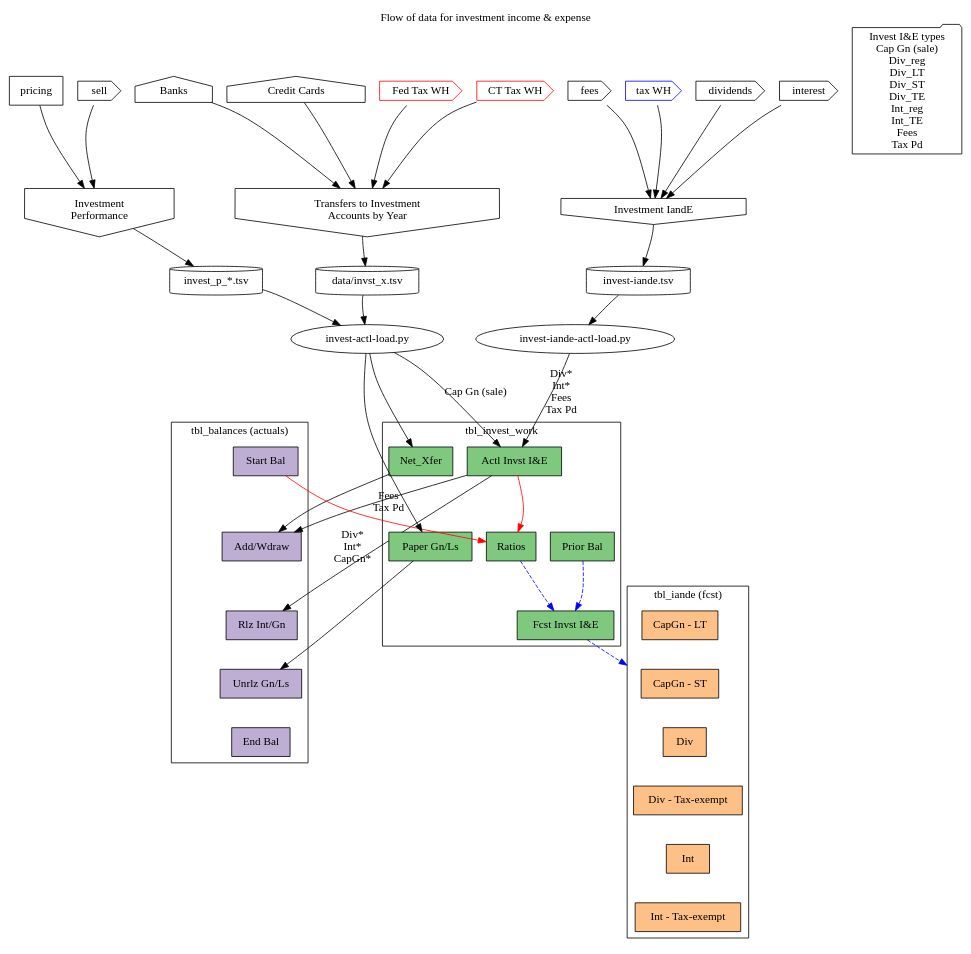
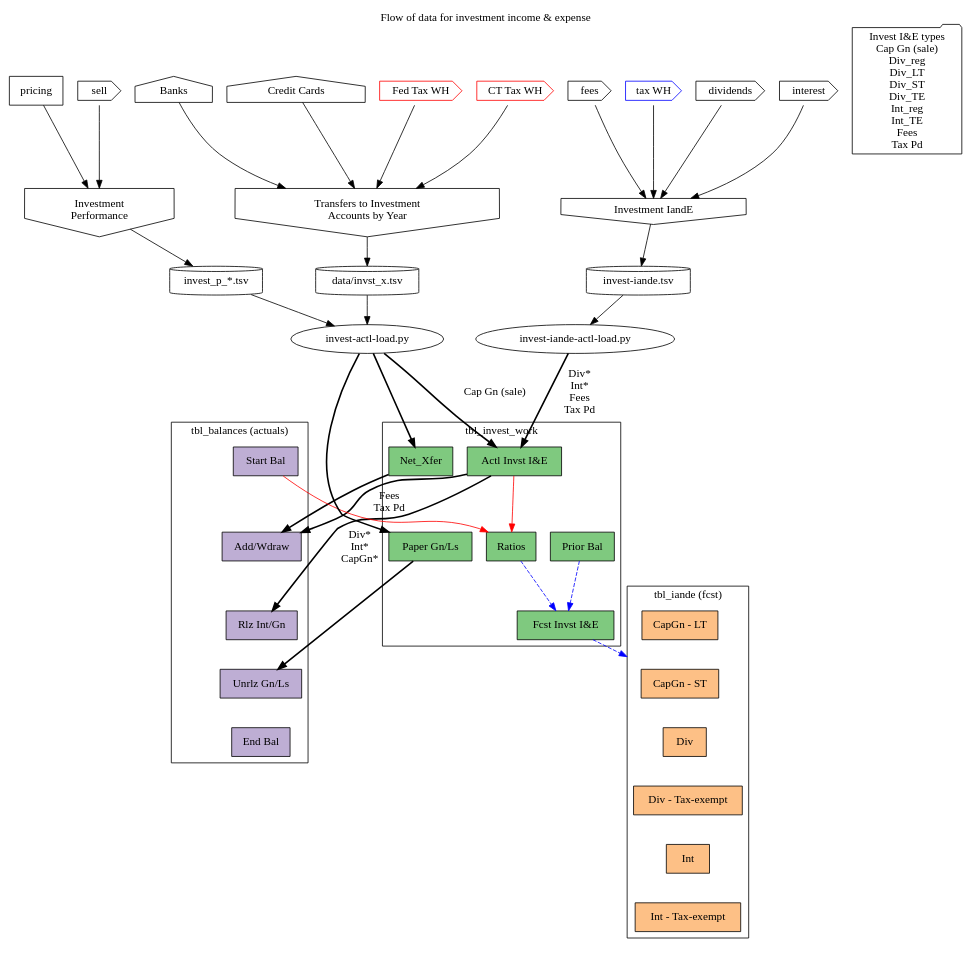
One commit to cronical/budget_dance changed the diagram in docs/images/dot/invest-iande.dot. Above: the diagram before and after it, drawn with Graphviz. The commit also changed 64 other files, not shown here.

```diff
--- a/docs/images/dot/invest-iande.dot
+++ b/docs/images/dot/invest-iande.dot
@@ -1,109 +1,109 @@
 digraph {
   graph [
     label = "Flow of data for investment income & expense"
     labelloc= t
     rankdir="TB"
-    splines=curved
+#    splines=curved
   ]
   newrank=True
   # accounts
   node [shape=house]
     Banks
     "Credit Cards"
   
   # transactions
   node [shape=cds] 
     dividends, interest, fees, sell
   node [color=red]  # remove these. 
     "Fed Tax WH", "CT Tax WH"
   node [color=blue] # add them here
     "tax WH"
   node [color=black]
 
   # data elements
   node [shape=rect, colorscheme=accent4,style=filled,fillcolor=1]   
   "Actl Invst I&E", "Net_Xfer", "Paper Gn/Ls", "Ratios","Prior Bal","Fcst Invst I&E"
   node [shape=rect, colorscheme=accent4,style=filled,fillcolor=2]   
   "Add/Wdraw","Rlz Int/Gn", "Unrlz Gn/Ls", "End Bal", "Start Bal"
   node [fillcolor=3]
     "CapGn - LT", "CapGn - ST","Div","Div - Tax-exempt","Int","Int - Tax-exempt"
-  node [shape=rect,style=normal]
+  node [shape=rect,style=solid]
   pricing
 
   # files
   node [shape=cylinder]
     "invest-iande.tsv"
     "invest_p_*.tsv" 
     "data/invst_x.tsv" 
 
 # reports
   node [shape=invhouse] 
     "Investment IandE" 
     "Transfers to Investment\nAccounts by Year" 
     "Investment\nPerformance" 
 
   # processing
   node [shape=ellipse]
     "invest-actl-load.py"
     "invest-iande-actl-load.py"  
 
   {"dividends", interest, fees, "tax WH"} -> "Investment IandE" -> "invest-iande.tsv"
   {"sell", pricing} -> "Investment\nPerformance" -> "invest_p_*.tsv" 
   
   {Banks, "Credit Cards", "Fed Tax WH", "CT Tax WH"}->"Transfers to Investment\nAccounts by Year"
   "Transfers to Investment\nAccounts by Year" -> "data/invst_x.tsv"
   {"data/invst_x.tsv"  ,"invest_p_*.tsv"} -> "invest-actl-load.py"
  
   "invest-iande.tsv"->"invest-iande-actl-load.py"  
 
   node [shape=folder]
   iie [label="Invest I&E types\nCap Gn (sale)\nDiv_reg\nDiv_LT\nDiv_ST\nDiv_TE\nInt_reg\nInt_TE\nFees\nTax Pd"]
   
   
 
 # type - tax treatment
   edge [style=invis]
   subgraph cluster_0{label="tbl_invest_work"
     "Actl Invst I&E"
     "Net_Xfer" -> "Paper Gn/Ls"
  
     {rank=same Ratios; "Prior Bal"}
     {Ratios,"Prior Bal"}->"Fcst Invst I&E" [style=dashed,color=blue]
   }
 
   subgraph cluster_2{label="tbl_balances (actuals)"
       "Start Bal"->"Add/Wdraw"->"Rlz Int/Gn" -> "Unrlz Gn/Ls" -> "End Bal"
   }
   subgraph cluster_3{label="tbl_iande (fcst)"
     "CapGn - LT"-> "CapGn - ST"->"Div"->"Div - Tax-exempt"->"Int"->"Int - Tax-exempt"
   }
 
   
 
 
   #{rank=same;  "Div_reg"; "Cap Gn (sale)"; "Int_reg"; "Start Bal"}
-  edge [style=line]
+  edge [style=bold]
   compound=True
 
  
   "invest-actl-load.py" -> "Actl Invst I&E" [label="Cap Gn (sale)"]
   "invest-actl-load.py" -> {"Net_Xfer", "Paper Gn/Ls"}
   "invest-iande-actl-load.py" -> "Actl Invst I&E"[label="Div*\nInt*\nFees\nTax Pd" ]
 
   "Actl Invst I&E" -> "Add/Wdraw" [label="Fees\nTax Pd"]
   "Net_Xfer"-> "Add/Wdraw"
   "Paper Gn/Ls" -> "Unrlz Gn/Ls"
   "Actl Invst I&E" -> "Rlz Int/Gn" [label="Div*\nInt*\nCapGn*"]
   
  
 
   
   edge [style=dashed, color=blue]
   #"Cap Gn (sale)" -> "CapGn - ST" # Sales treated as ST 
   "Fcst Invst I&E" ->"CapGn - ST" [lhead=cluster_3]
 
   # Numerators and denominator for ratios
   edge [style=solid, color=red]
   "Actl Invst I&E" -> Ratios
   "Start Bal" -> Ratios
 }
```
